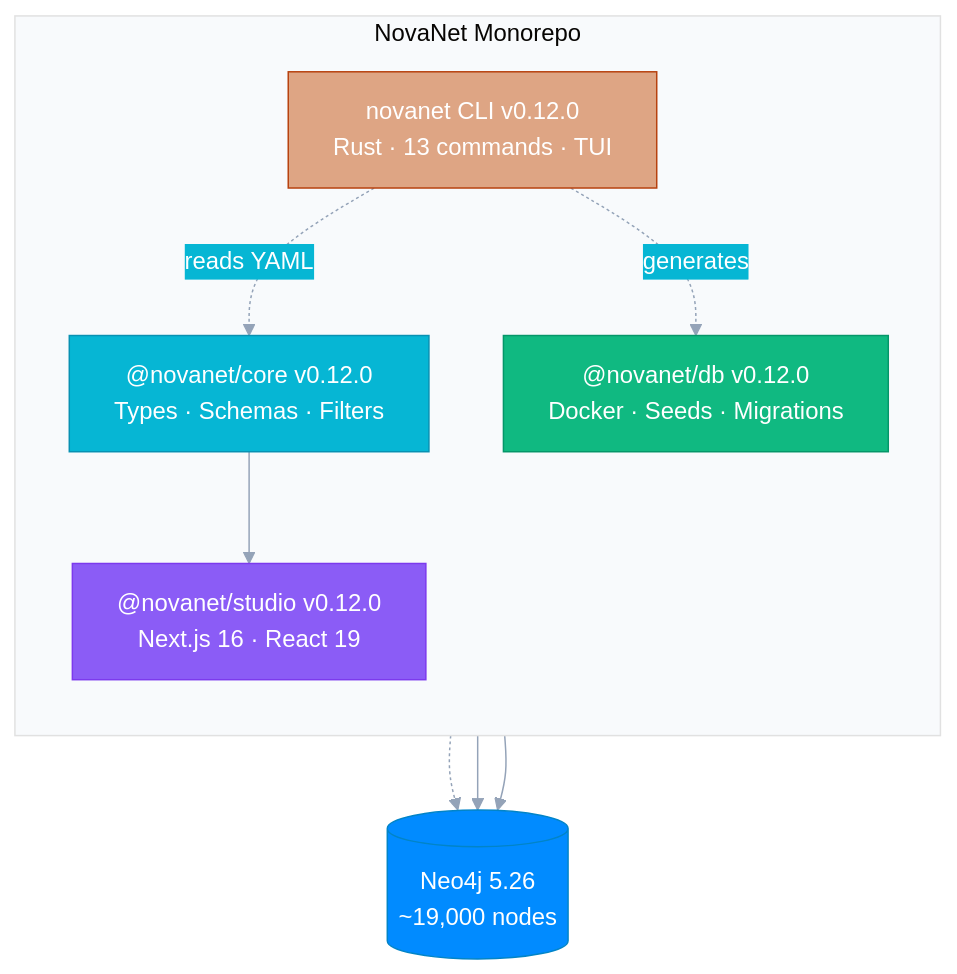
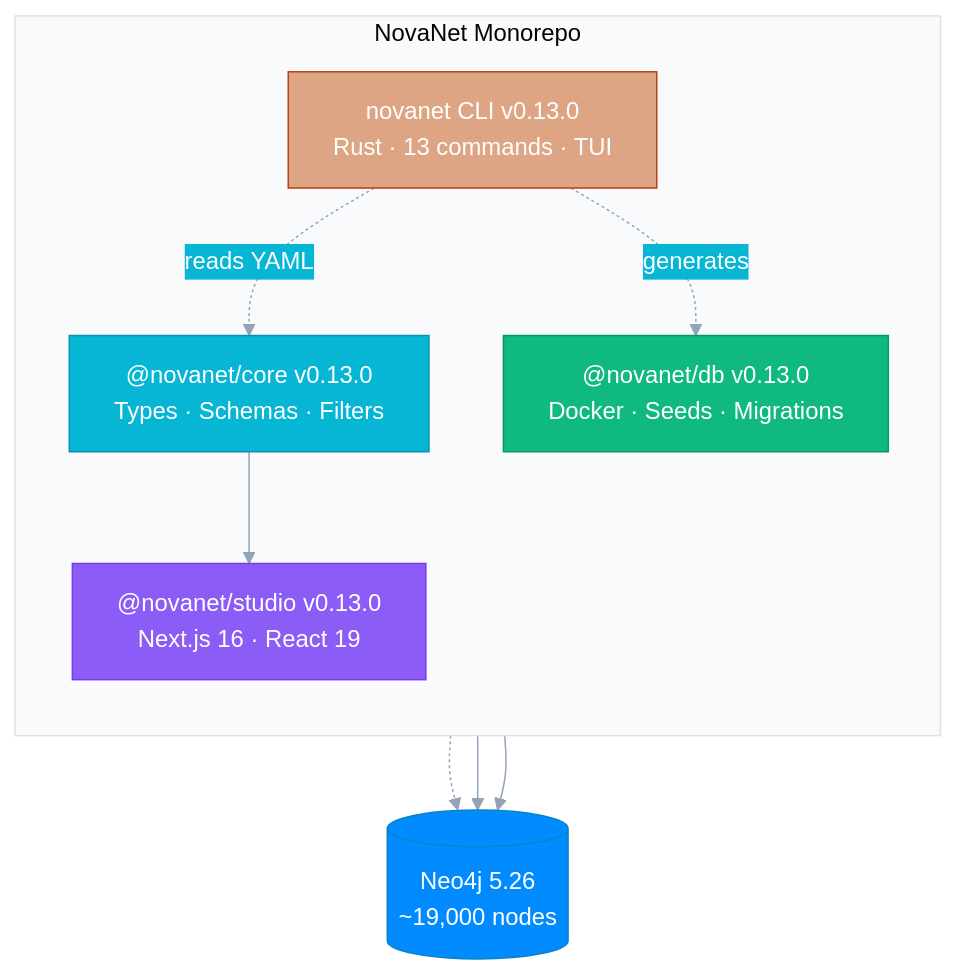
Before and after one commit to supernovae-st/novanet: the diagram in README.md, drawn with Mermaid. The commit also changed other lines of this file and 18 other files, not shown here.

First line of the commit message:
chore(schema): v0.13.0 deep verification cleanup

````diff
--- a/README.md
+++ b/README.md
@@ -46,33 +46,33 @@
 ```mermaid
 %%{init: {'theme': 'base', 'themeVariables': {
   'primaryColor': '#6366f1',
   'primaryTextColor': '#fff',
   'primaryBorderColor': '#4f46e5',
   'lineColor': '#94a3b8',
   'secondaryColor': '#06b6d4',
   'tertiaryColor': '#f8fafc'
 }}}%%
 flowchart TB
     subgraph MONO["NovaNet Monorepo"]
         direction TB
-        CORE["@novanet/core v0.12.0\nTypes · Schemas · Filters"]
-        DB["@novanet/db v0.12.0\nDocker · Seeds · Migrations"]
-        STUDIO["@novanet/studio v0.12.0\nNext.js 16 · React 19"]
-        RUST["novanet CLI v0.12.0\nRust · 13 commands · TUI"]
+        CORE["@novanet/core v0.13.0\nTypes · Schemas · Filters"]
+        DB["@novanet/db v0.13.0\nDocker · Seeds · Migrations"]
+        STUDIO["@novanet/studio v0.13.0\nNext.js 16 · React 19"]
+        RUST["novanet CLI v0.13.0\nRust · 13 commands · TUI"]
     end
 
     CORE --> STUDIO
     RUST -.->|reads YAML| CORE
     RUST -.->|generates| DB
 
     NEO4J[("Neo4j 5.26\n~19,000 nodes")]
     DB -.-> NEO4J
     STUDIO --> NEO4J
     RUST --> NEO4J
 
     style CORE fill:#06b6d4,stroke:#0891b2,color:#fff
     style DB fill:#10b981,stroke:#059669,color:#fff
     style STUDIO fill:#8b5cf6,stroke:#7c3aed,color:#fff
     style RUST fill:#DEA584,stroke:#B7410E,color:#fff
     style NEO4J fill:#018bff,stroke:#0284c7,color:#fff
 ```
````
